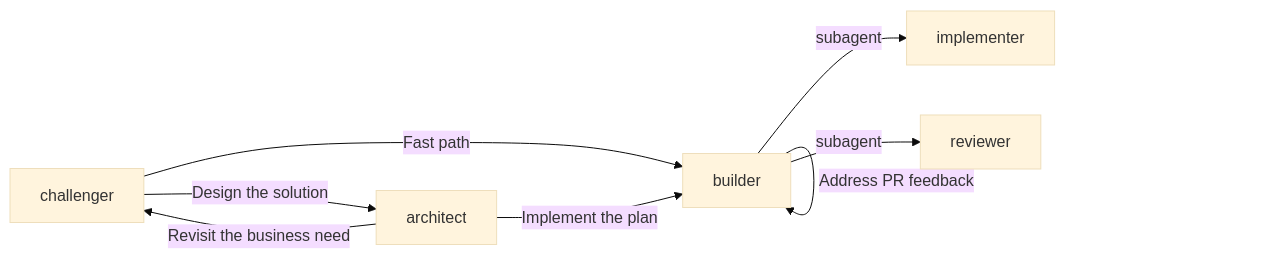
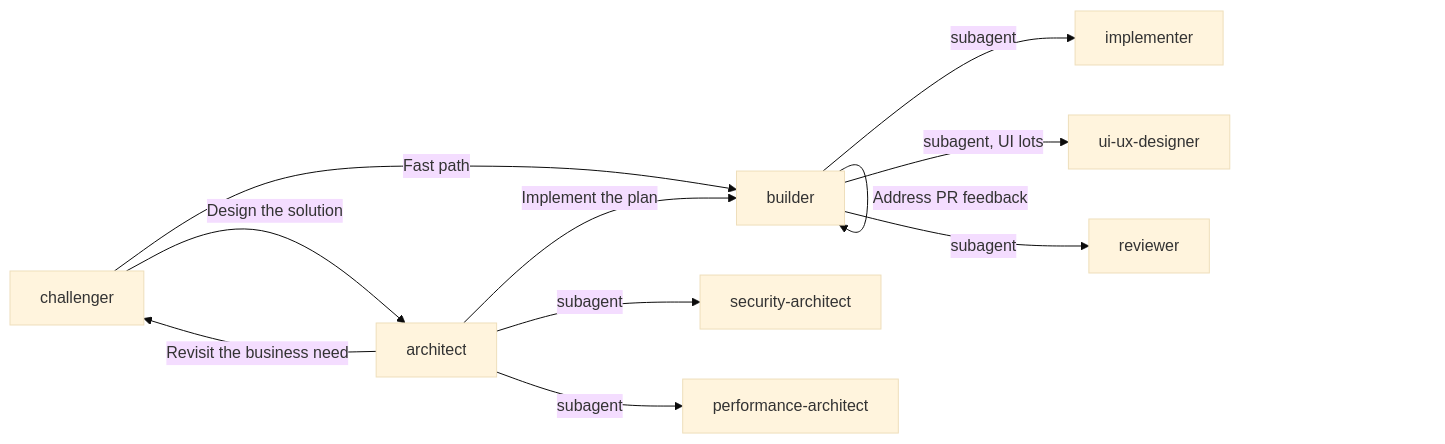
One commit to Antonin-Artaud/ai-driven-dev-harness changed the diagram in docs/architecture/components.md. Above: the diagram before and after it, drawn with Mermaid (base theme). The commit also changed other lines of this file and 58 other files, not shown here.

````diff
--- a/docs/architecture/components.md
+++ b/docs/architecture/components.md
@@ -27,10 +30,13 @@
 ```mermaid
 flowchart LR
   ch[challenger] -->|Design the solution| ar[architect]
   ch -->|Fast path| bu[builder]
   ar -->|Implement the plan| bu
   ar -->|Revisit the business need| ch
+  ar -->|subagent| sa[security-architect]
+  ar -->|subagent| pa[performance-architect]
   bu -->|subagent| im[implementer]
+  bu -->|subagent, UI lots| ux[ui-ux-designer]
   bu -->|subagent| re[reviewer]
   bu -->|Address PR feedback| bu
 ```
````
